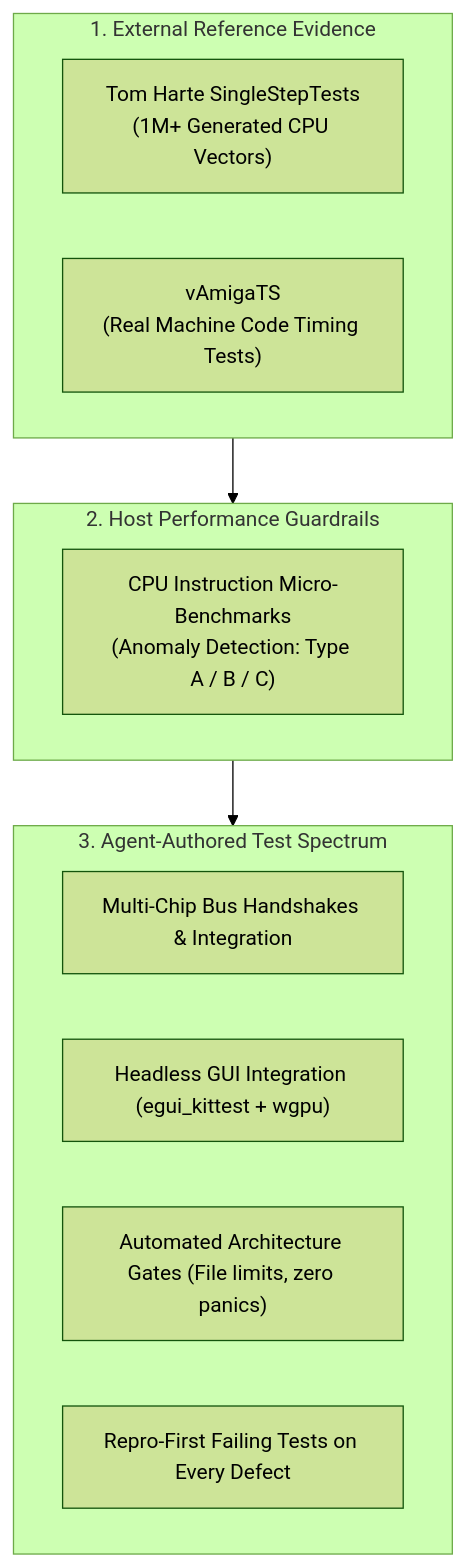
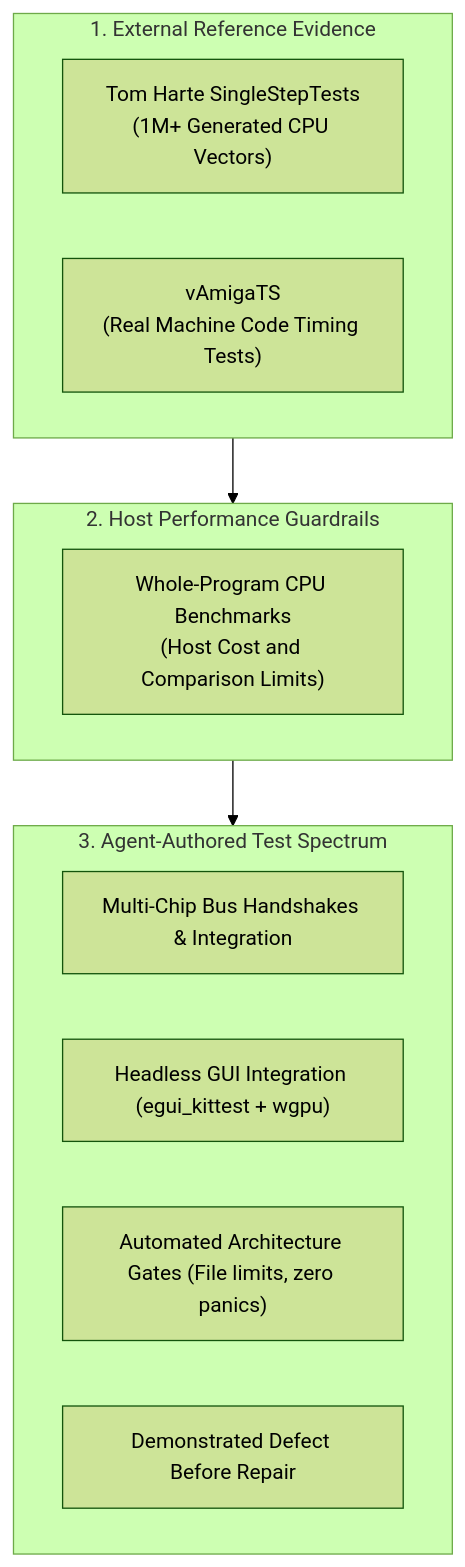
One commit to tomek-anuszkiewicz/amiga-studio changed the second of 2 diagrams in docs/how_this_emulator_was_written.md. Above: the diagram before and after it, drawn with Mermaid (forest theme). The commit also changed other lines of this file and 71 other files, not shown here.

````diff
--- a/docs/how_this_emulator_was_written.md
+++ b/docs/how_this_emulator_was_written.md
@@ -56,17 +58,17 @@
 ```mermaid
 flowchart TD
     subgraph External["1. External Reference Evidence"]
         A["Tom Harte SingleStepTests\n(1M+ Generated CPU Vectors)"]
         B["vAmigaTS\n(Real Machine Code Timing Tests)"]
     end
     subgraph HostPerf["2. Host Performance Guardrails"]
-        C["CPU Instruction Micro-Benchmarks\n(Anomaly Detection: Type A / B / C)"]
+        C["Whole-Program CPU Benchmarks\n(Host Cost and Comparison Limits)"]
     end
     subgraph AutoHarness["3. Agent-Authored Test Spectrum"]
         D["Multi-Chip Bus Handshakes & Integration"]
         E["Headless GUI Integration (egui_kittest + wgpu)"]
         F["Automated Architecture Gates (File limits, zero panics)"]
-        G["Repro-First Failing Tests on Every Defect"]
+        G["Demonstrated Defect Before Repair"]
     end
     External --> HostPerf --> AutoHarness
 ```
````
